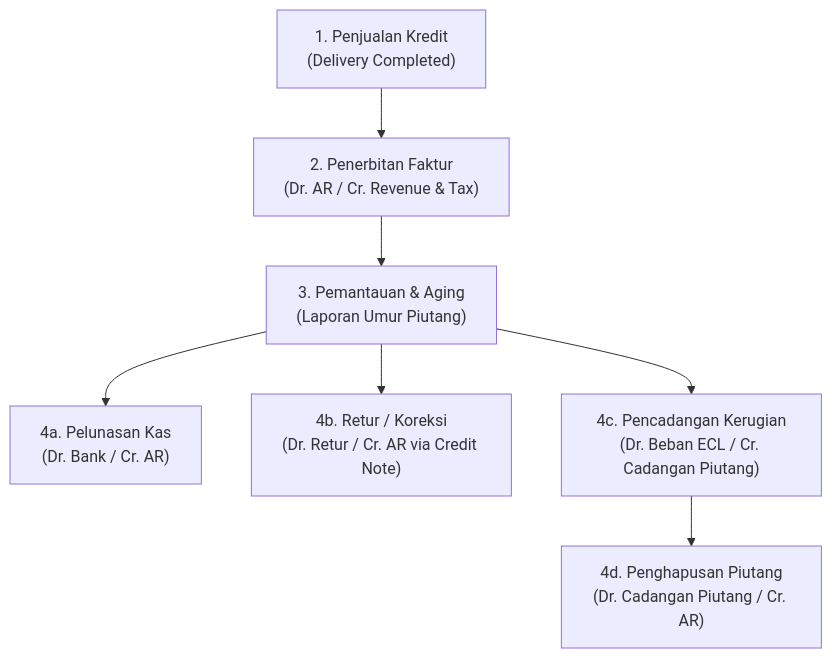
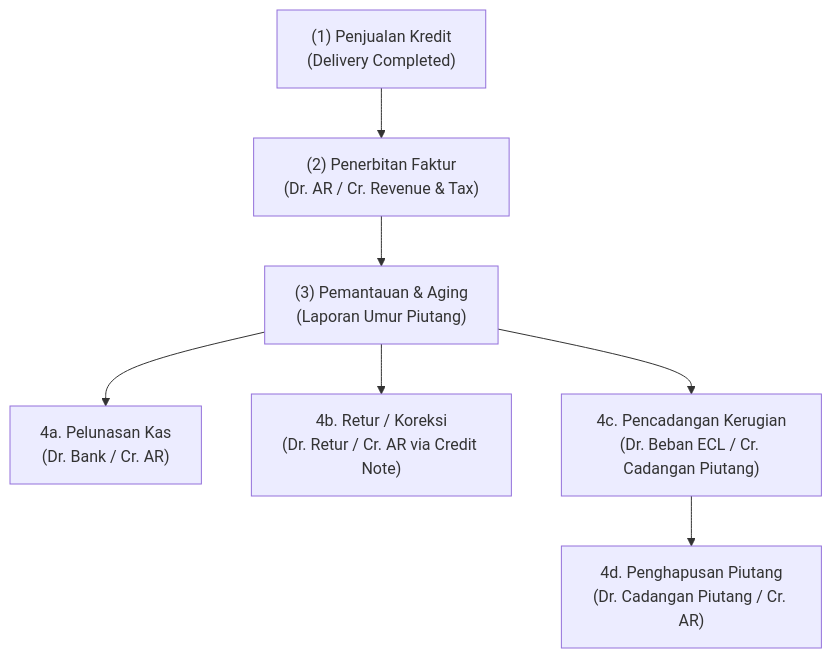
One commit to alimurrofid/erp-notes changed the diagram in content/02-accounting/accounts-receivable.md. Above: the diagram before and after it, drawn with Mermaid. The commit also changed 132 other files, not shown here.

````diff
--- a/content/02-accounting/accounts-receivable.md
+++ b/content/02-accounting/accounts-receivable.md
@@ -19,11 +19,11 @@
 ```mermaid
 flowchart TD
-    Sale["1. Penjualan Kredit<br/>(Delivery Completed)"]
-    --> Inv["2. Penerbitan Faktur<br/>(Dr. AR / Cr. Revenue & Tax)"]
-    --> Coll["3. Pemantauan & Aging<br/>(Laporan Umur Piutang)"]
+    Sale["(1) Penjualan Kredit<br/>(Delivery Completed)"]
+    --> Inv["(2) Penerbitan Faktur<br/>(Dr. AR / Cr. Revenue & Tax)"]
+    --> Coll["(3) Pemantauan & Aging<br/>(Laporan Umur Piutang)"]
     
     Coll --> Pay["4a. Pelunasan Kas<br/>(Dr. Bank / Cr. AR)"]
     Coll --> Ret["4b. Retur / Koreksi<br/>(Dr. Retur / Cr. AR via Credit Note)"]
     Coll --> ECL["4c. Pencadangan Kerugian<br/>(Dr. Beban ECL / Cr. Cadangan Piutang)"]
     ECL --> WO["4d. Penghapusan Piutang<br/>(Dr. Cadangan Piutang / Cr. AR)"]
 ```
````
